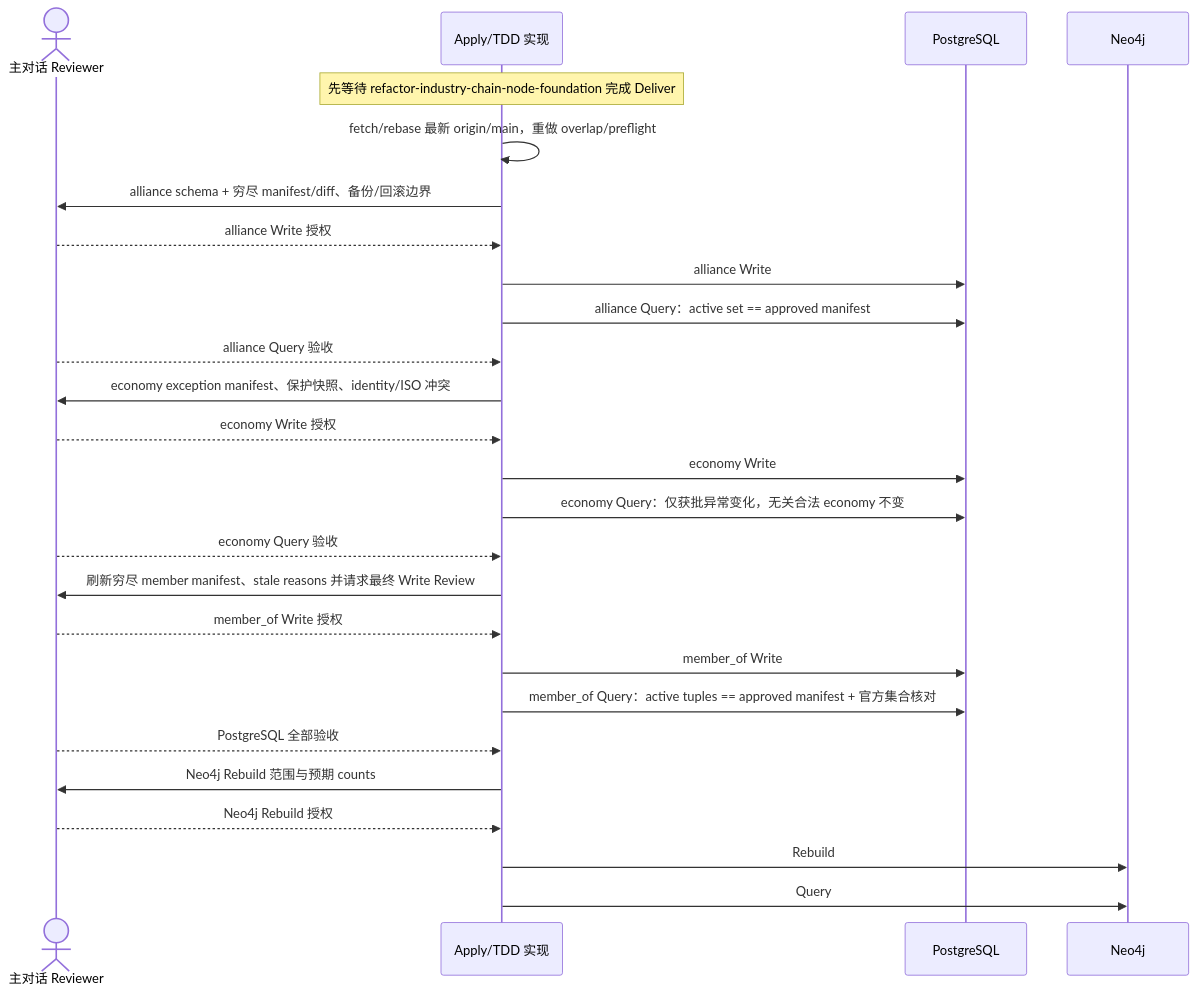
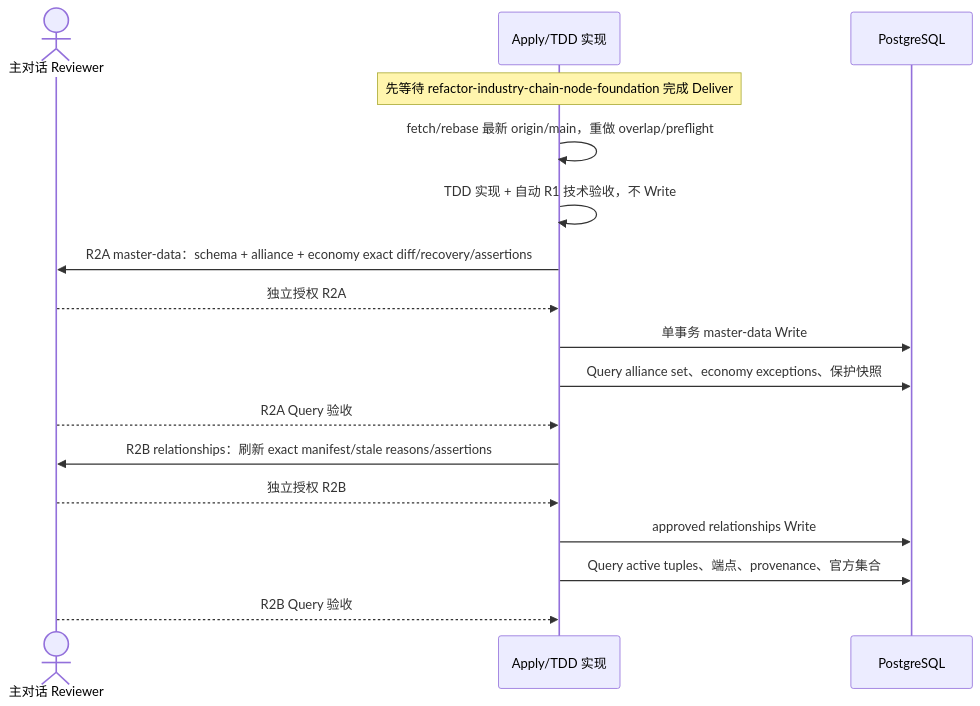
One commit to meierlink88/tidewise-ai changed the second of 2 diagrams in openspec/changes/reinitialize-alliance-economy-foundation/design.md. Above: the diagram before and after it, drawn with Mermaid. The commit also changed other lines of this file and 9 other files, not shown here.

````diff
--- a/openspec/changes/reinitialize-alliance-economy-foundation/design.md
+++ b/openspec/changes/reinitialize-alliance-economy-foundation/design.md
@@ -132,29 +132,20 @@
 ```mermaid
 sequenceDiagram
     actor Reviewer as 主对话 Reviewer
     participant Apply as Apply/TDD 实现
     participant PG as PostgreSQL
-    participant Neo4j as Neo4j
 
     Note over Apply: 先等待 refactor-industry-chain-node-foundation 完成 Deliver
     Apply->>Apply: fetch/rebase 最新 origin/main，重做 overlap/preflight
-    Apply->>Reviewer: alliance schema + 穷尽 manifest/diff、备份/回滚边界
-    Reviewer-->>Apply: alliance Write 授权
-    Apply->>PG: alliance Write
-    Apply->>PG: alliance Query：active set == approved manifest
-    Reviewer-->>Apply: alliance Query 验收
-    Apply->>Reviewer: economy exception manifest、保护快照、identity/ISO 冲突
-    Reviewer-->>Apply: economy Write 授权
-    Apply->>PG: economy Write
-    Apply->>PG: economy Query：仅获批异常变化，无关合法 economy 不变
-    Reviewer-->>Apply: economy Query 验收
-    Apply->>Reviewer: 刷新穷尽 member manifest、stale reasons 并请求最终 Write Review
-    Reviewer-->>Apply: member_of Write 授权
-    Apply->>PG: member_of Write
-    Apply->>PG: member_of Query：active tuples == approved manifest + 官方集合核对
-    Reviewer-->>Apply: PostgreSQL 全部验收
-    Apply->>Reviewer: Neo4j Rebuild 范围与预期 counts
-    Reviewer-->>Apply: Neo4j Rebuild 授权
-    Apply->>Neo4j: Rebuild
-    Apply->>Neo4j: Query
+    Apply->>Apply: TDD 实现 + 自动 R1 技术验收，不 Write
+    Apply->>Reviewer: R2A master-data：schema + alliance + economy exact diff/recovery/assertions
+    Reviewer-->>Apply: 独立授权 R2A
+    Apply->>PG: 单事务 master-data Write
+    Apply->>PG: Query alliance set、economy exceptions、保护快照
+    Reviewer-->>Apply: R2A Query 验收
+    Apply->>Reviewer: R2B relationships：刷新 exact manifest/stale reasons/assertions
+    Reviewer-->>Apply: 独立授权 R2B
+    Apply->>PG: approved relationships Write
+    Apply->>PG: Query active tuples、端点、provenance、官方集合
+    Reviewer-->>Apply: R2B Query 验收
 ```
````
